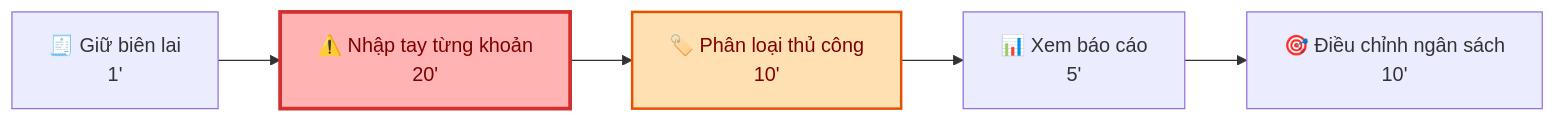
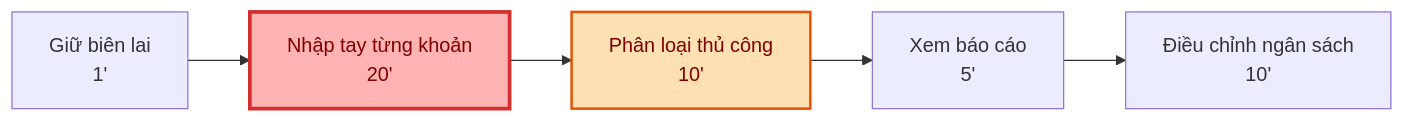
Before and after one commit to lequanneKMA/Day2-2A202600821-LeNguyenMinhQuan: the fifth of 6 diagrams in 01-individual-problem-scan/01-individual-problem-scan.md, drawn with Mermaid. The commit also changed other lines of this file, not shown here.

````diff
--- a/01-individual-problem-scan/01-individual-problem-scan.md
+++ b/01-individual-problem-scan/01-individual-problem-scan.md
@@ -389,11 +389,11 @@
 ```mermaid
 flowchart LR
-    A["🧾 Giữ biên lai\n1'"]
-    --> B["⚠️ Nhập tay từng khoản\n20'"]
-    --> C["🏷️ Phân loại thủ công\n10'"]
-    --> D["📊 Xem báo cáo\n5'"]
-    --> E["🎯 Điều chỉnh ngân sách\n10'"]
+    A[" Giữ biên lai\n1'"]
+    --> B[" Nhập tay từng khoản\n20'"]
+    --> C[" Phân loại thủ công\n10'"]
+    --> D[" Xem báo cáo\n5'"]
+    --> E[" Điều chỉnh ngân sách\n10'"]
 
     style B fill:#ffb3b3,stroke:#d32f2f,stroke-width:3px,color:#7f0000
     style C fill:#ffe0b2,stroke:#e65100,stroke-width:2px,color:#7f0000
 ```
````
